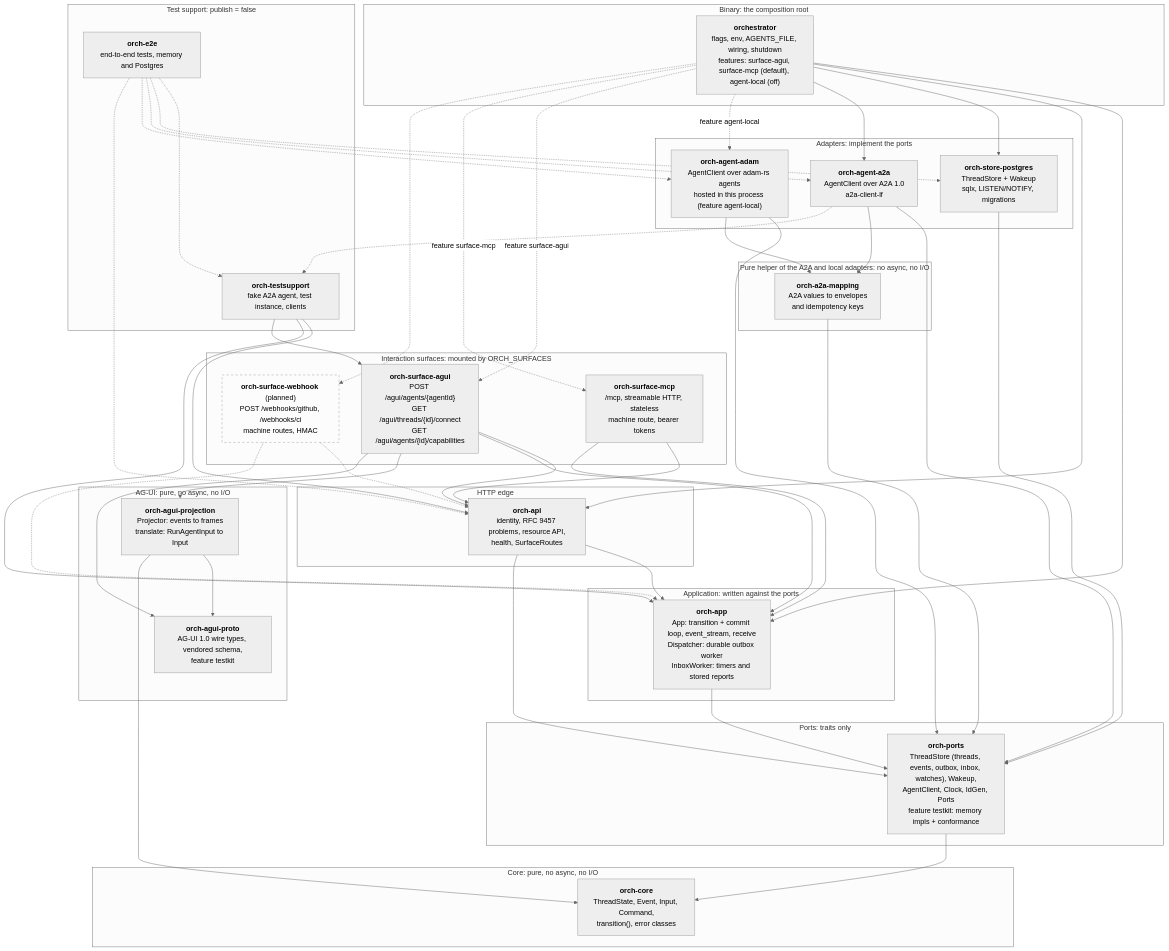
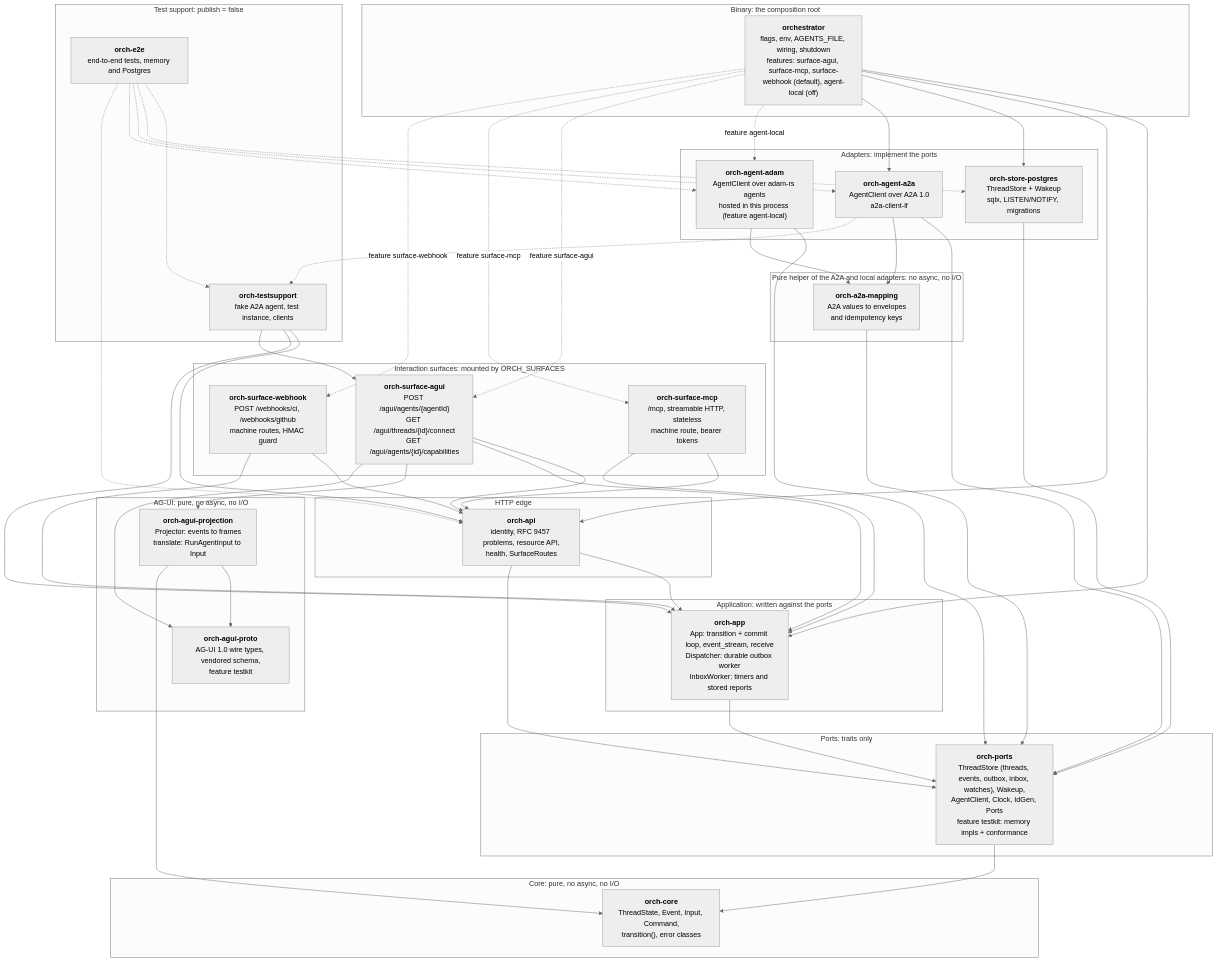
The first of 23 diagrams in docs/orchestrator.md (vymalo/another-agentic-system), drawn with Mermaid (neutral theme) before and after one commit. The commit also changed other lines of this file and 107 other files, not shown here.

First line of the commit message:
feat(orchestrator): CI results by webhook (generic and GitHub) and the CI card (#57)

````diff
--- a/docs/orchestrator.md
+++ b/docs/orchestrator.md
@@ -78,79 +77,79 @@
 ```mermaid
 flowchart TB
   subgraph G_CORE["Core: pure, no async, no I/O"]
     core["<b>orch-core</b><br/>ThreadState, Event, Input, Command,<br/>transition(), error classes"]
   end
   subgraph G_PORTS["Ports: traits only"]
     ports["<b>orch-ports</b><br/>ThreadStore (threads, events, outbox, inbox, watches), Wakeup,<br/>AgentClient, Clock, IdGen, Ports<br/>feature testkit: memory impls + conformance"]
   end
   subgraph G_ADAPT["Adapters: implement the ports"]
     pg["<b>orch-store-postgres</b><br/>ThreadStore + Wakeup<br/>sqlx, LISTEN/NOTIFY, migrations"]
     a2a["<b>orch-agent-a2a</b><br/>AgentClient over A2A 1.0<br/>a2a-client-lf"]
     adam["<b>orch-agent-adam</b><br/>AgentClient over adam-rs agents<br/>hosted in this process (feature agent-local)"]
   end
   subgraph G_MAP["Pure helper of the A2A and local adapters: no async, no I/O"]
     a2amap["<b>orch-a2a-mapping</b><br/>A2A values to envelopes<br/>and idempotency keys"]
   end
   subgraph G_APP["Application: written against the ports"]
     app["<b>orch-app</b><br/>App: transition + commit loop, event_stream, receive<br/>Dispatcher: durable outbox worker<br/>InboxWorker: timers and stored reports"]
   end
   subgraph G_EDGE["HTTP edge"]
     api["<b>orch-api</b><br/>identity, RFC 9457 problems, resource API,<br/>health, SurfaceRoutes"]
   end
   subgraph G_SURF["Interaction surfaces: mounted by ORCH_SURFACES"]
     surfagui["<b>orch-surface-agui</b><br/>POST /agui/agents/{agentId}<br/>GET /agui/threads/{id}/connect<br/>GET /agui/agents/{id}/capabilities"]
-    surfwh["<b>orch-surface-webhook</b> (planned)<br/>POST /webhooks/github, /webhooks/ci<br/>machine routes, HMAC"]:::planned
+    surfwh["<b>orch-surface-webhook</b><br/>POST /webhooks/ci, /webhooks/github<br/>machine routes, HMAC guard"]
     surfmcp["<b>orch-surface-mcp</b><br/>/mcp, streamable HTTP, stateless<br/>machine route, bearer tokens"]
   end
   subgraph G_AGUI["AG-UI: pure, no async, no I/O"]
     proto["<b>orch-agui-proto</b><br/>AG-UI 1.0 wire types, vendored schema,<br/>feature testkit"]
     proj["<b>orch-agui-projection</b><br/>Projector: events to frames<br/>translate: RunAgentInput to Input"]
   end
   subgraph G_BIN["Binary: the composition root"]
-    bin["<b>orchestrator</b><br/>flags, env, AGENTS_FILE, wiring, shutdown<br/>features: surface-agui, surface-mcp (default), agent-local (off)"]
+    bin["<b>orchestrator</b><br/>flags, env, AGENTS_FILE, wiring, shutdown<br/>features: surface-agui, surface-mcp, surface-webhook (default), agent-local (off)"]
   end
   subgraph G_TEST["Test support: publish = false"]
     ts["<b>orch-testsupport</b><br/>fake A2A agent, test instance, clients"]
     e2e["<b>orch-e2e</b><br/>end-to-end tests, memory and Postgres"]
   end
 
   ports --> core
   pg --> ports
   a2a --> ports
   a2a --> a2amap
   adam --> ports
   adam --> a2amap
   a2amap --> ports
   app --> ports
   api --> app
   api --> ports
   proj --> proto
   proj --> core
   bin --> app
   bin --> api
   bin --> pg
   bin --> a2a
   bin -. "feature agent-local" .-> adam
   bin -. "feature surface-agui" .-> surfagui
   bin -. "feature surface-mcp" .-> surfmcp
   surfagui --> api
   surfagui --> app
   surfagui --> proj
   surfagui --> proto
-  surfwh -.-> api
-  surfwh -.-> app
+  surfwh --> api
+  surfwh --> app
   surfmcp --> api
   surfmcp --> app
-  bin -.-> surfwh
+  bin -. "feature surface-webhook" .-> surfwh
   ts --> api
   ts --> app
   ts --> surfagui
   e2e -.-> ts
   e2e -.-> pg
   e2e -.-> a2a
   e2e -.-> adam
   e2e -.-> api
   a2a -.-> ts
 
   classDef planned stroke-dasharray: 5 5,fill:none
 ```
````
